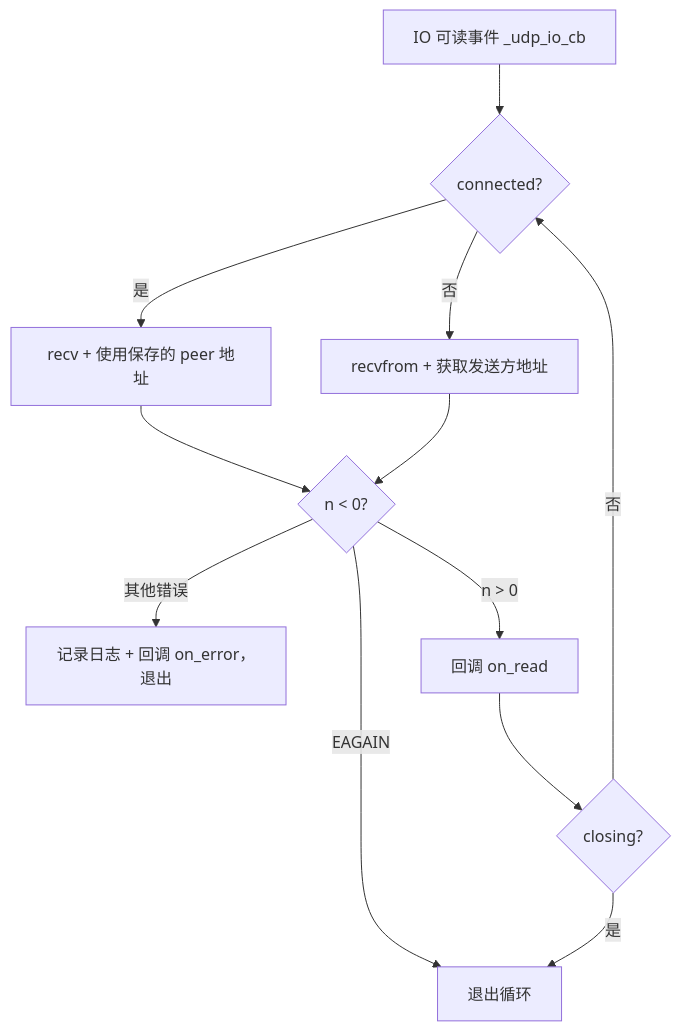
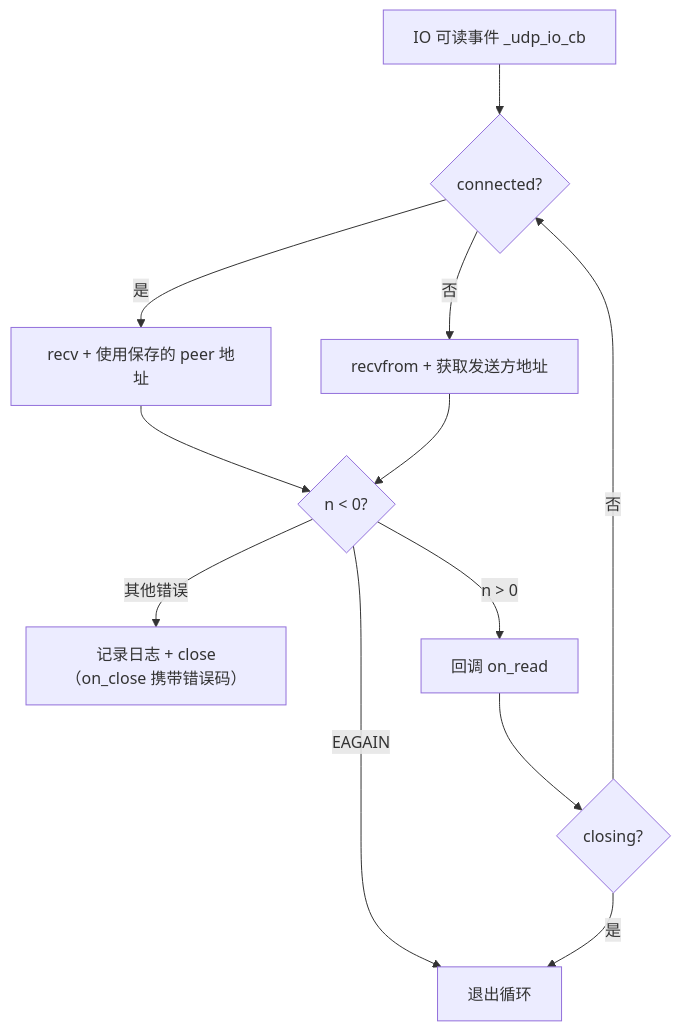
The second of 3 diagrams in docs/udp-design.md (MeristemForge/Xylem), drawn with Mermaid before and after one commit. The commit also changed other lines of this file and 20 other files, not shown here.

````diff
--- a/docs/udp-design.md
+++ b/docs/udp-design.md
@@ -87,14 +85,14 @@
 ```mermaid
 flowchart TD
     A[IO 可读事件 _udp_io_cb] --> B{connected?}
     B -->|是| C[recv + 使用保存的 peer 地址]
     B -->|否| D[recvfrom + 获取发送方地址]
     C --> E{n < 0?}
     D --> E
     E -->|EAGAIN| F[退出循环]
-    E -->|其他错误| G[记录日志 + 回调 on_error，退出]
+    E -->|其他错误| G[记录日志 + close（on_close 携带错误码）]
     E -->|n > 0| H[回调 on_read]
     H --> I{closing?}
     I -->|是| F
     I -->|否| B
 ```
````
